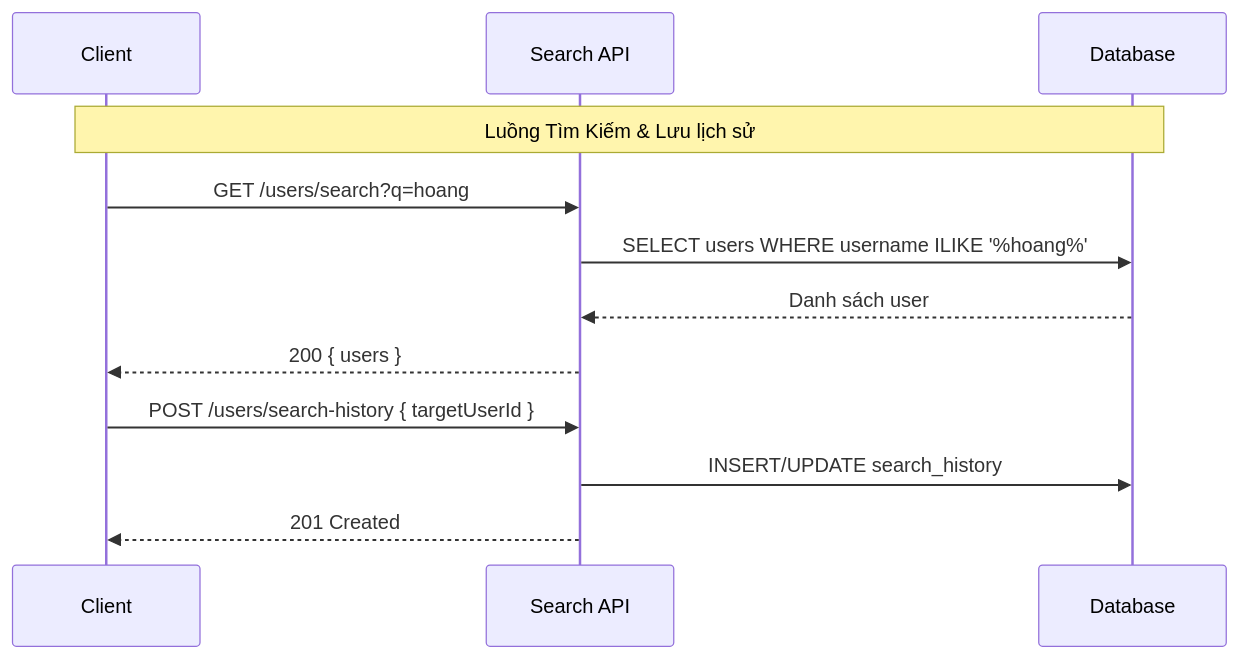
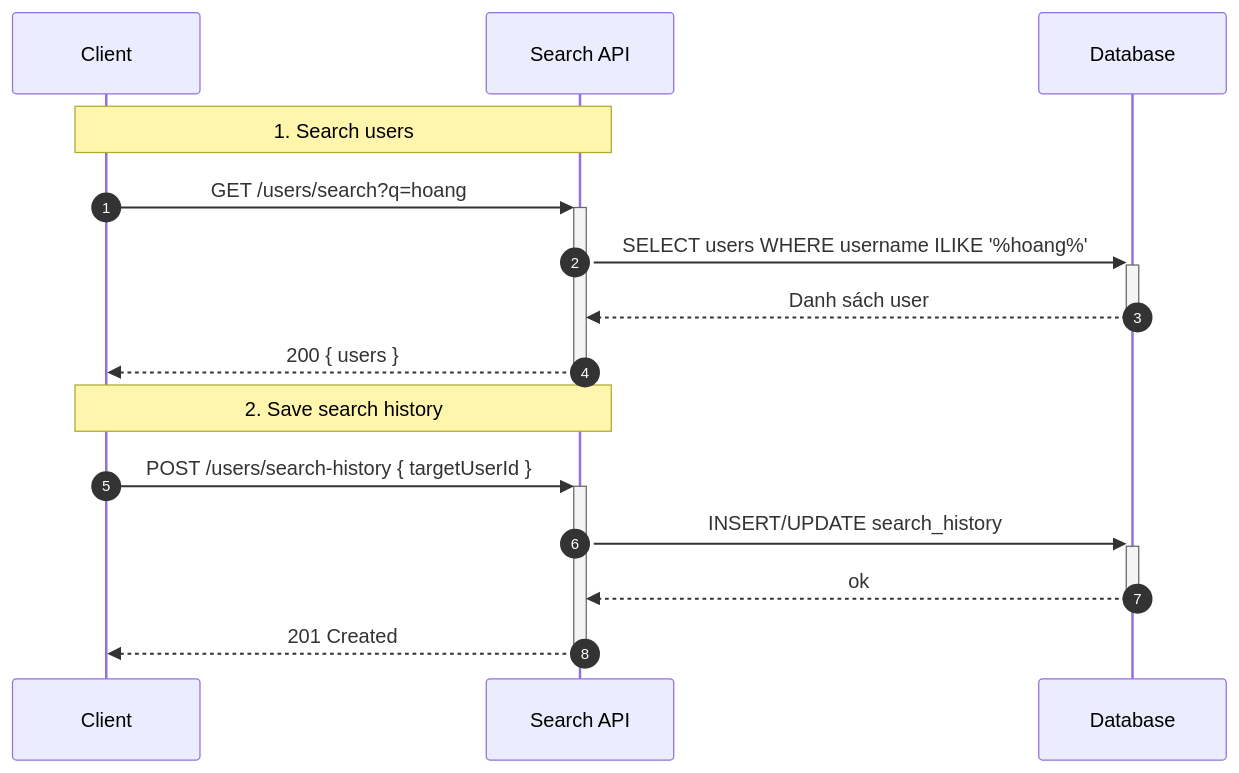
One commit to dinhhoang235/Chat-App changed the diagram in docs/search.md. Above: the diagram before and after it, drawn with Mermaid. The commit also changed 12 other files, not shown here.

Commit message:
docs: enhance sequence diagrams with detailed notes for various features

````diff
--- a/docs/search.md
+++ b/docs/search.md
@@ -28,16 +28,19 @@
 ```mermaid
 sequenceDiagram
+  autonumber
   participant C as Client
   participant API as Search API
   participant DB as Database
 
-  Note over C, DB: Luồng Tìm Kiếm & Lưu lịch sử
-  C->>API: GET /users/search?q=hoang
-  API->>DB: SELECT users WHERE username ILIKE '%hoang%'
-  DB-->>API: Danh sách user
-  API-->>C: 200 { users }
+  Note over C,API: 1. Search users
+  C->>+API: GET /users/search?q=hoang
+  API->>+DB: SELECT users WHERE username ILIKE '%hoang%'
+  DB-->>-API: Danh sách user
+  API-->>-C: 200 { users }
   
-  C->>API: POST /users/search-history { targetUserId }
-  API->>DB: INSERT/UPDATE search_history
-  API-->>C: 201 Created
+  Note over C,API: 2. Save search history
+  C->>+API: POST /users/search-history { targetUserId }
+  API->>+DB: INSERT/UPDATE search_history
+  DB-->>-API: ok
+  API-->>-C: 201 Created
 ```
````
